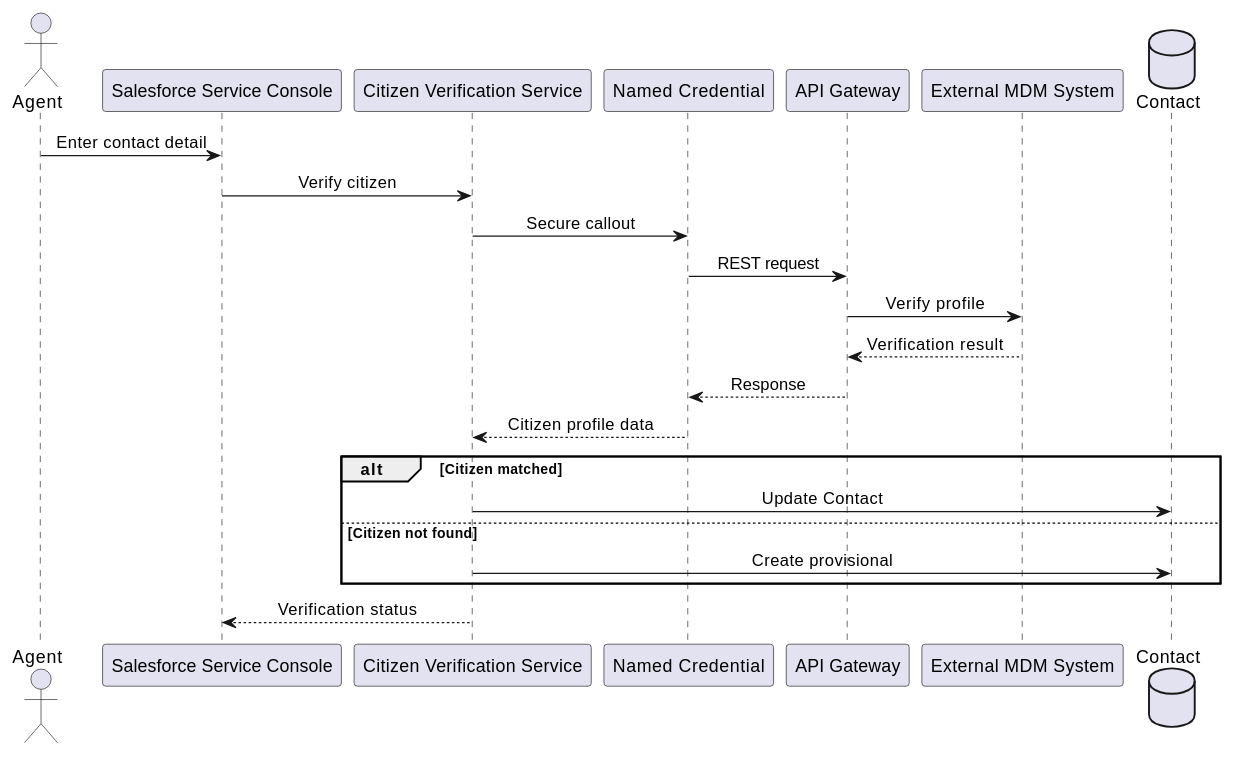
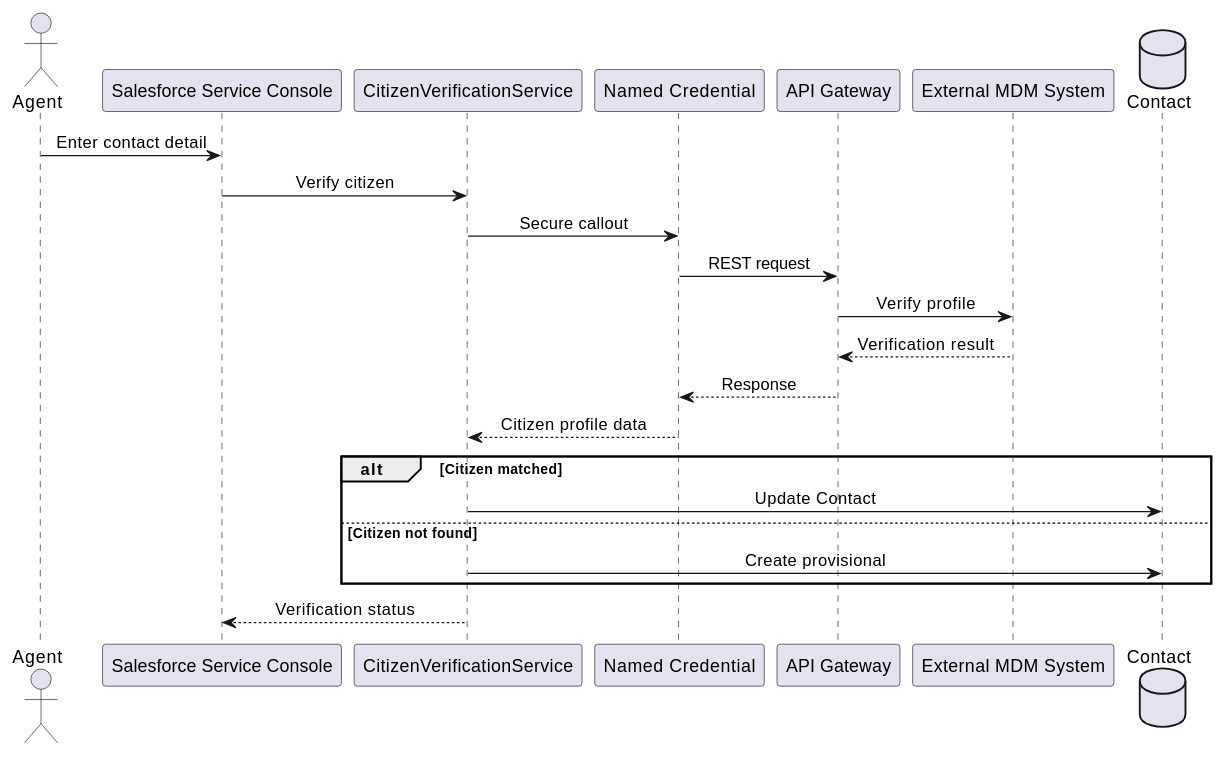
Before and after one commit to jimmytobing/virtusa: diagram 19 of 26 in doc/SADD Task 2.md, drawn with PlantUML. The commit also changed other lines of this file and 27 other files, not shown here.

````diff
--- a/doc/SADD Task 2.md
+++ b/doc/SADD Task 2.md
@@ -1186,30 +1202,30 @@
 ```plantuml
 @startuml
 skinparam sequenceMessageAlign center
 actor Agent
 participant "Salesforce Service Console" as Console
-participant "Citizen Verification Service" as Apex
+participant CitizenVerificationService
 participant "Named Credential" as NC
 participant "API Gateway" as Gateway
 participant "External MDM System" as MDM
 database "Contact" as Contact
 
 Agent -> Console : Enter contact detail
-Console -> Apex : Verify citizen
-Apex -> NC : Secure callout
+Console -> CitizenVerificationService : Verify citizen
+CitizenVerificationService -> NC : Secure callout
 NC -> Gateway : REST request
 Gateway -> MDM : Verify profile
 MDM --> Gateway : Verification result
 Gateway --> NC : Response
-NC --> Apex : Citizen profile data
+NC --> CitizenVerificationService : Citizen profile data
 
 alt Citizen matched
-  Apex -> Contact : Update Contact
+  CitizenVerificationService -> Contact : Update Contact
 else Citizen not found
-  Apex -> Contact : Create provisional
+  CitizenVerificationService -> Contact : Create provisional
 end
 
-Apex --> Console : Verification status
+CitizenVerificationService --> Console : Verification status
 
 @enduml
 ```
````
